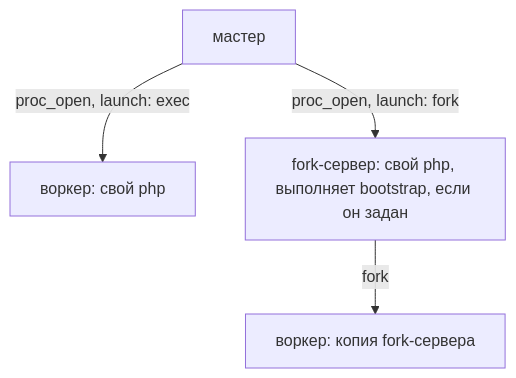
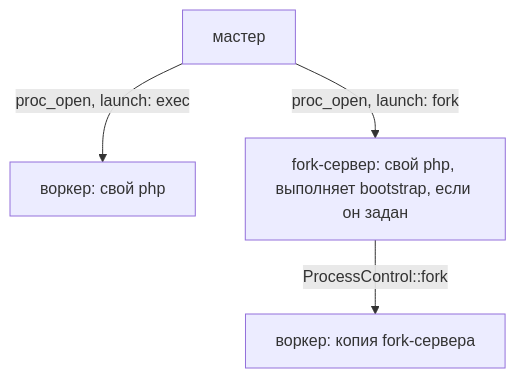
One commit to sprust/sconcur changed the diagram in docs/worker-master.ru.md. Above: the diagram before and after it, drawn with Mermaid. The commit also changed other lines of this file and 55 other files, not shown here.

````diff
--- a/docs/worker-master.ru.md
+++ b/docs/worker-master.ru.md
@@ -322,7 +320,7 @@
 ```mermaid
 flowchart TB
     master["мастер"]
     master -->|"proc_open, launch: exec"| execWorker["воркер: свой php"]
     master -->|"proc_open, launch: fork"| forkServer["fork-сервер: свой php, выполняет bootstrap, если он задан"]
-    forkServer -->|"fork"| forkWorker["воркер: копия fork-сервера"]
+    forkServer -->|"ProcessControl::fork"| forkWorker["воркер: копия fork-сервера"]
 ```
````
